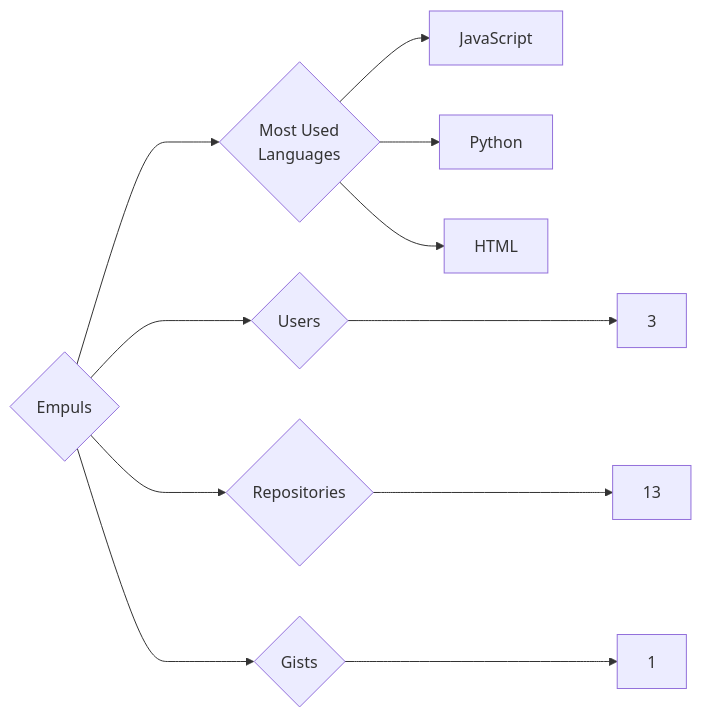
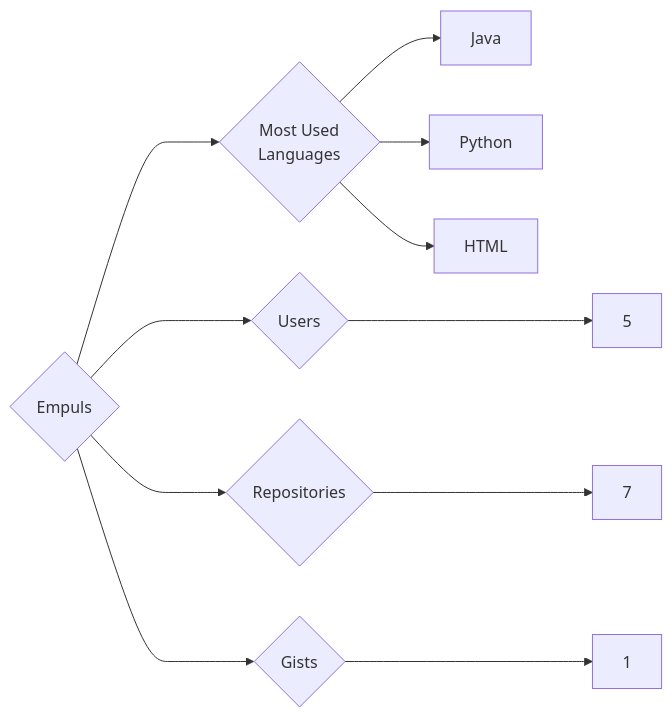
Before and after one commit to trickest/insiders: the diagram in targets/Empuls/README.md, drawn with Mermaid. The commit also changed 1030 other files, not shown here.

````diff
--- a/targets/Empuls/README.md
+++ b/targets/Empuls/README.md
@@ -3,11 +3,11 @@
 ```mermaid
 graph LR
 COMPANY_NAME{Empuls}
-COMPANY_NAME ---> U{Users} ---> UN[3]
-COMPANY_NAME ---> R{Repositories} ---> RN[13]
+COMPANY_NAME ---> U{Users} ---> UN[5]
+COMPANY_NAME ---> R{Repositories} ---> RN[7]
 COMPANY_NAME ---> G{Gists} ---> GN[1]
 COMPANY_NAME ---> ML{Most Used<br>Languages}
-ML --> JavaScript[JavaScript]
+ML --> Java[Java]
 ML --> Python[Python]
 ML --> HTML[HTML]
 ```
````
